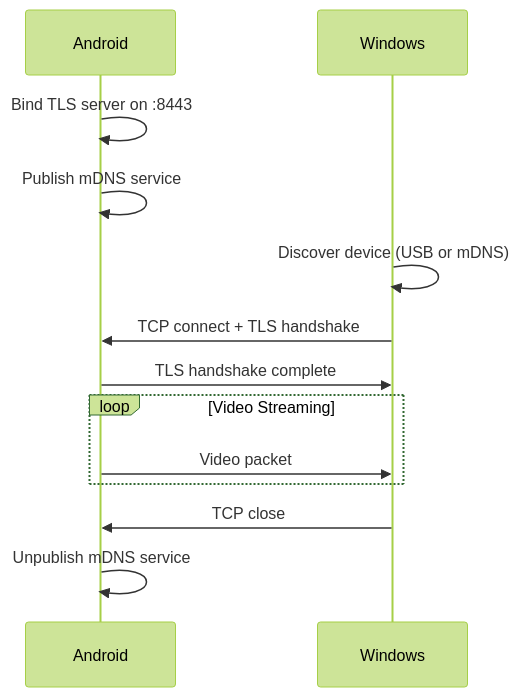
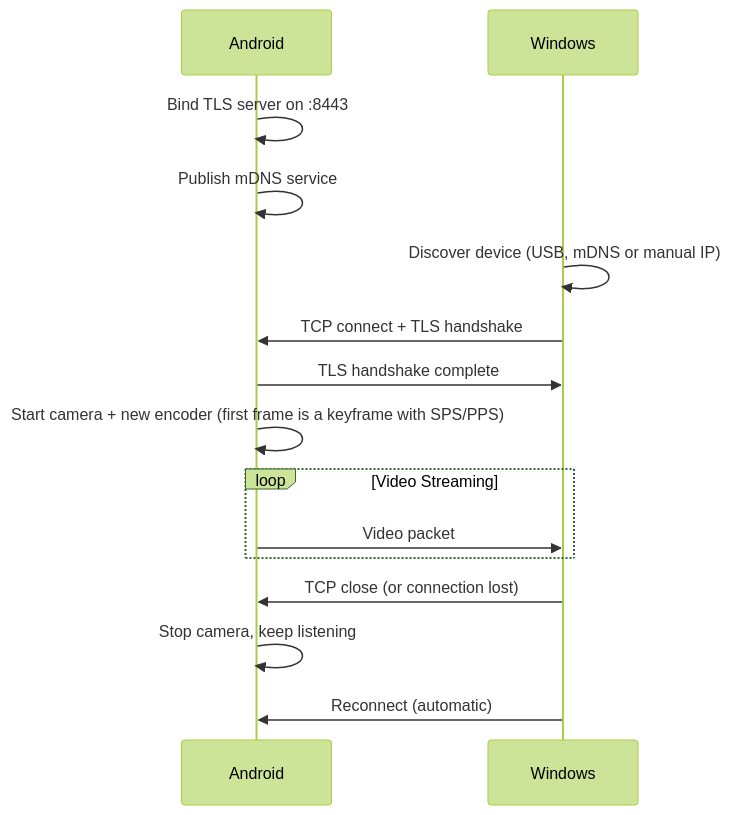
The diagram in docs/PROTOCOL.md (danielbolivar/vancamera), drawn with Mermaid (forest theme) before and after one commit. The commit also changed other lines of this file and 9 other files, not shown here.

````diff
--- a/docs/PROTOCOL.md
+++ b/docs/PROTOCOL.md
@@ -9,16 +9,18 @@
 ```mermaid
 sequenceDiagram
     participant A as Android
     participant W as Windows
 
     A->>A: Bind TLS server on :8443
     A->>A: Publish mDNS service
-    W->>W: Discover device (USB or mDNS)
+    W->>W: Discover device (USB, mDNS or manual IP)
     W->>A: TCP connect + TLS handshake
     A->>W: TLS handshake complete
+    A->>A: Start camera + new encoder (first frame is a keyframe with SPS/PPS)
     loop Video Streaming
         A->>W: Video packet
     end
-    W->>A: TCP close
-    A->>A: Unpublish mDNS service
+    W->>A: TCP close (or connection lost)
+    A->>A: Stop camera, keep listening
+    W->>A: Reconnect (automatic)
 ```
````
